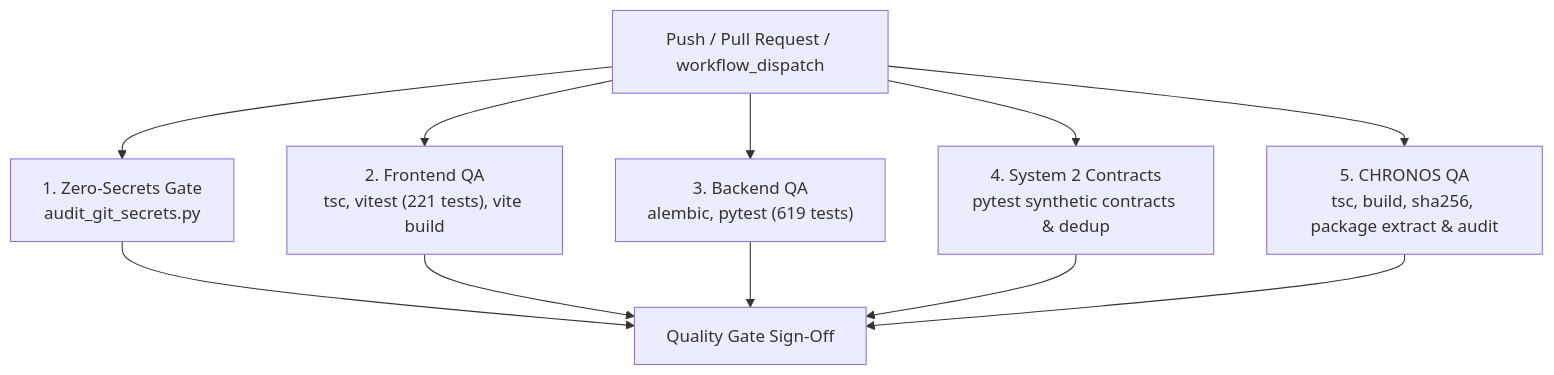
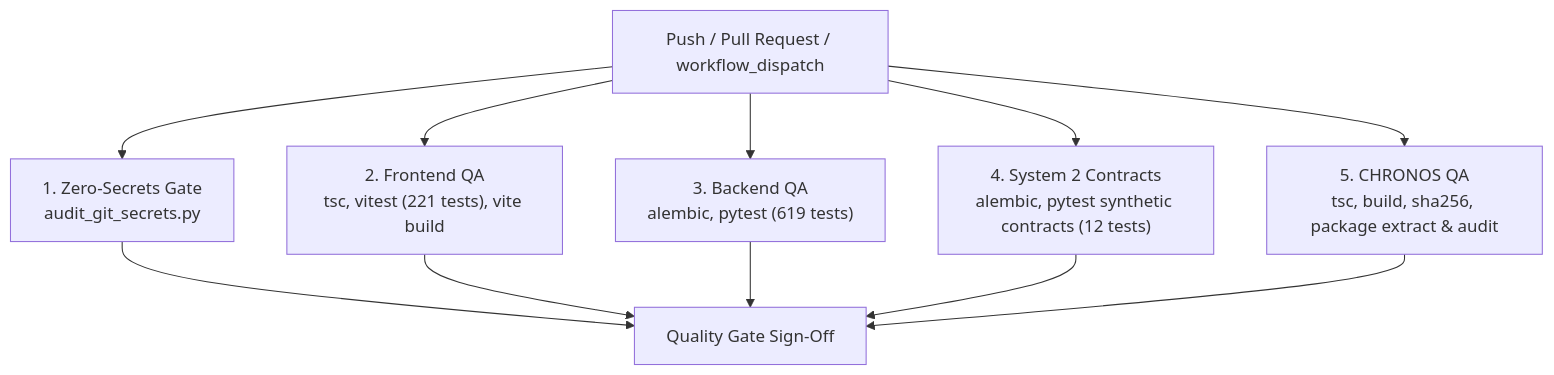
The diagram in CI_CD_QUALITY_GATES_REPORT.md (liza-k-varghese/honeyshield-x), drawn with Mermaid before and after one commit. The commit also changed other lines of this file and 4 other files, not shown here.

Commit message:
fix(ci): add System2IngestedEvent alembic migration, pin ubuntu-24.04 runner, and upgrade pnpm action

````diff
--- a/CI_CD_QUALITY_GATES_REPORT.md
+++ b/CI_CD_QUALITY_GATES_REPORT.md
@@ -24,14 +43,14 @@
 ```mermaid
 flowchart TD
     Trigger["Push / Pull Request / workflow_dispatch"] --> Sec["1. Zero-Secrets Gate<br/>audit_git_secrets.py"]
     Trigger --> FE["2. Frontend QA<br/>tsc, vitest (221 tests), vite build"]
     Trigger --> BE["3. Backend QA<br/>alembic, pytest (619 tests)"]
-    Trigger --> S2["4. System 2 Contracts<br/>pytest synthetic contracts & dedup"]
+    Trigger --> S2["4. System 2 Contracts<br/>alembic, pytest synthetic contracts (12 tests)"]
     Trigger --> CH["5. CHRONOS QA<br/>tsc, build, sha256, package extract & audit"]
 
     Sec --> Pass["Quality Gate Sign-Off"]
     FE --> Pass
     BE --> Pass
     S2 --> Pass
     CH --> Pass
 ```
````
